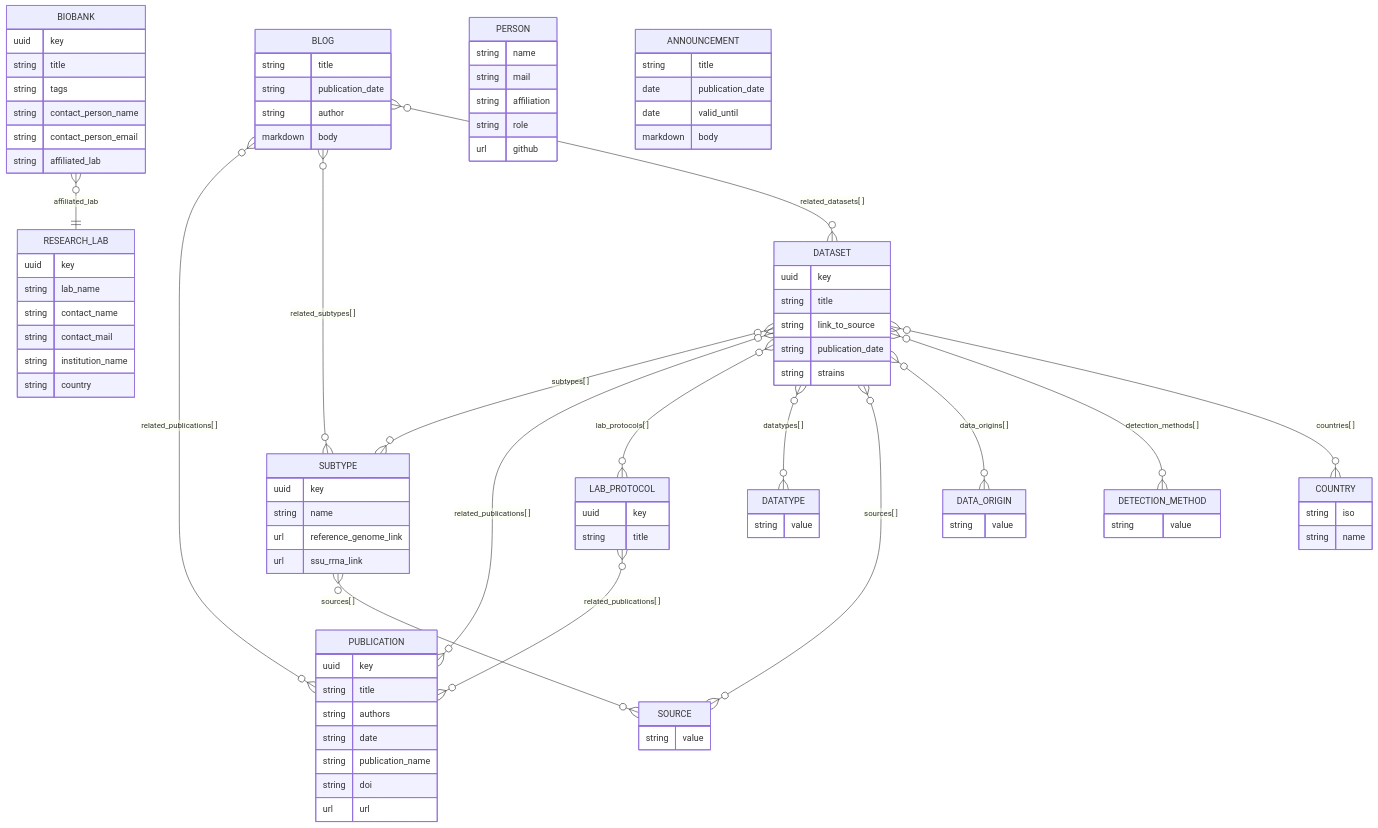
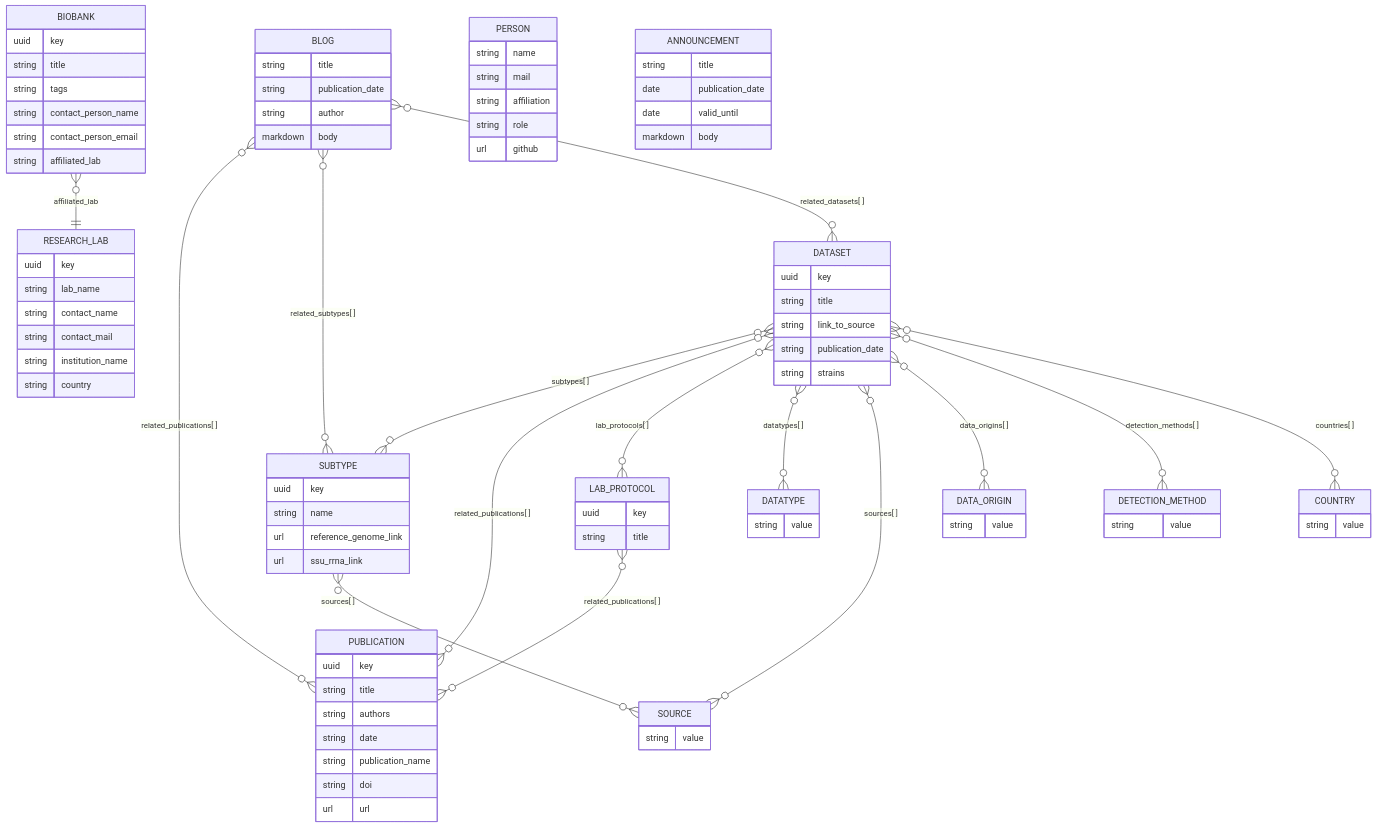
Before and after one commit to Tsaousis-Lab/blastodb: the diagram in content/documentation/technical/datastructure/index.md, drawn with Mermaid. The commit also changed 118 other files, not shown here.

```diff
--- a/content/documentation/technical/datastructure/index.md
+++ b/content/documentation/technical/datastructure/index.md
@@ -108,7 +108,6 @@
         string value
     }
     COUNTRY {
-        string iso
-        string name
+        string value
     }
 </pre>
```
